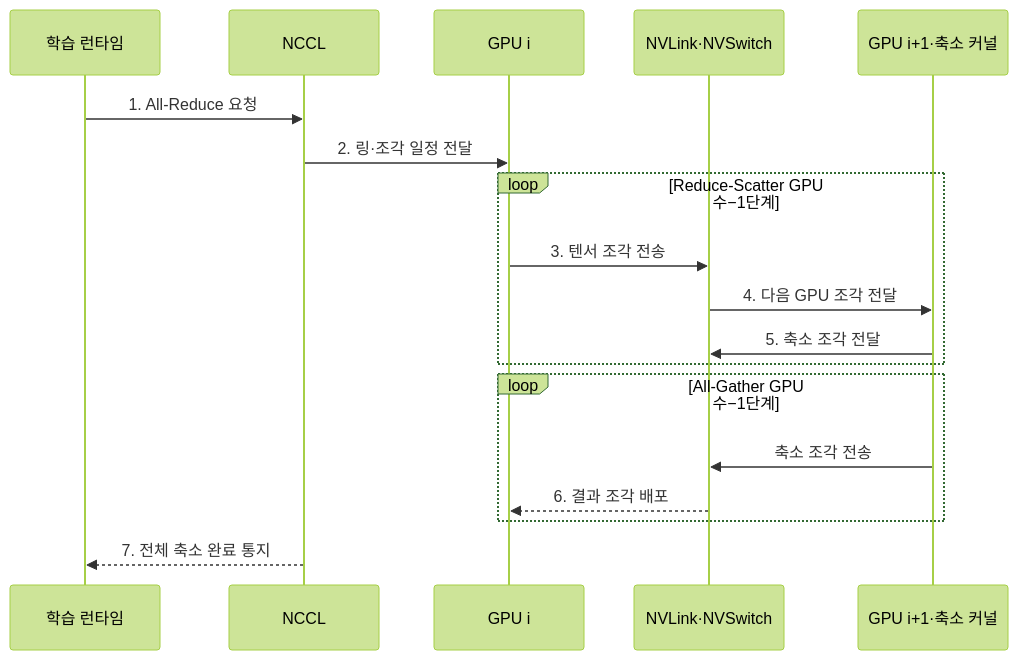
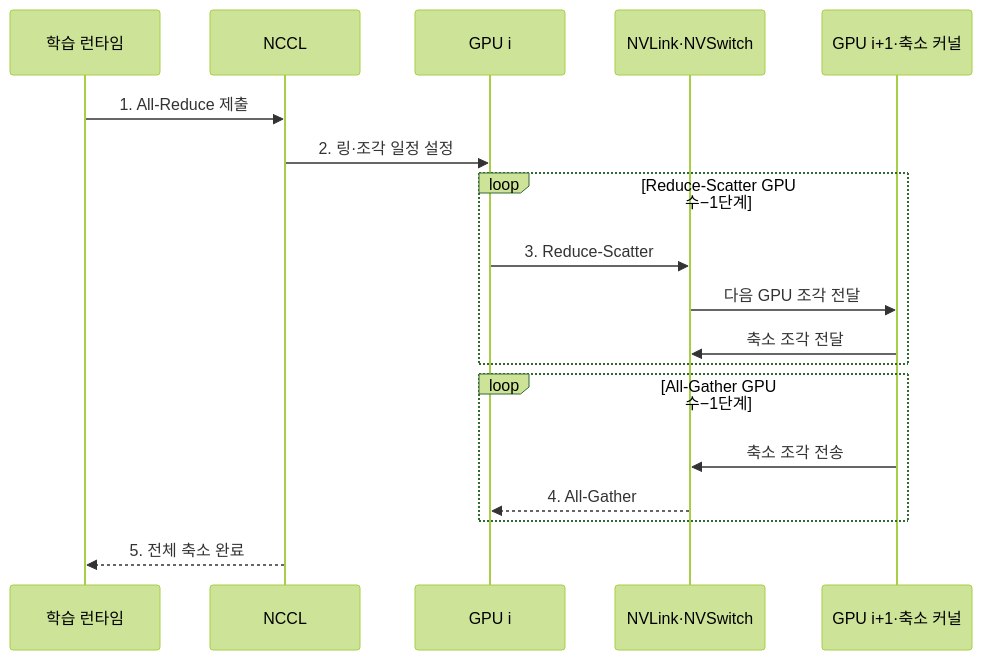
Before and after one commit to agnusdei1207/knowledge-base: the second of 2 diagrams in src/content/docs/notes/02-hardware/047_nvlink.md, drawn with Mermaid (forest theme). The commit also changed other lines of this file and 86 other files, not shown here.

````diff
--- a/src/content/docs/notes/02-hardware/047_nvlink.md
+++ b/src/content/docs/notes/02-hardware/047_nvlink.md
@@ -84,21 +84,21 @@
 ```mermaid
 sequenceDiagram
     participant A as 학습 런타임
     participant N as NCCL
     participant G1 as GPU i
     participant S as NVLink·NVSwitch
     participant G2 as GPU i+1·축소 커널
 
-    A->>N: 1. All-Reduce 요청
-    N->>G1: 2. 링·조각 일정 전달
+    A->>N: 1. All-Reduce 제출
+    N->>G1: 2. 링·조각 일정 설정
     loop Reduce-Scatter GPU 수−1단계
-        G1->>S: 3. 텐서 조각 전송
-        S->>G2: 4. 다음 GPU 조각 전달
-        G2->>S: 5. 축소 조각 전달
+        G1->>S: 3. Reduce-Scatter
+        S->>G2: 다음 GPU 조각 전달
+        G2->>S: 축소 조각 전달
     end
     loop All-Gather GPU 수−1단계
         G2->>S: 축소 조각 전송
-        S-->>G1: 6. 결과 조각 배포
+        S-->>G1: 4. All-Gather
     end
-    N-->>A: 7. 전체 축소 완료 통지
+    N-->>A: 5. 전체 축소 완료
 ```
````
